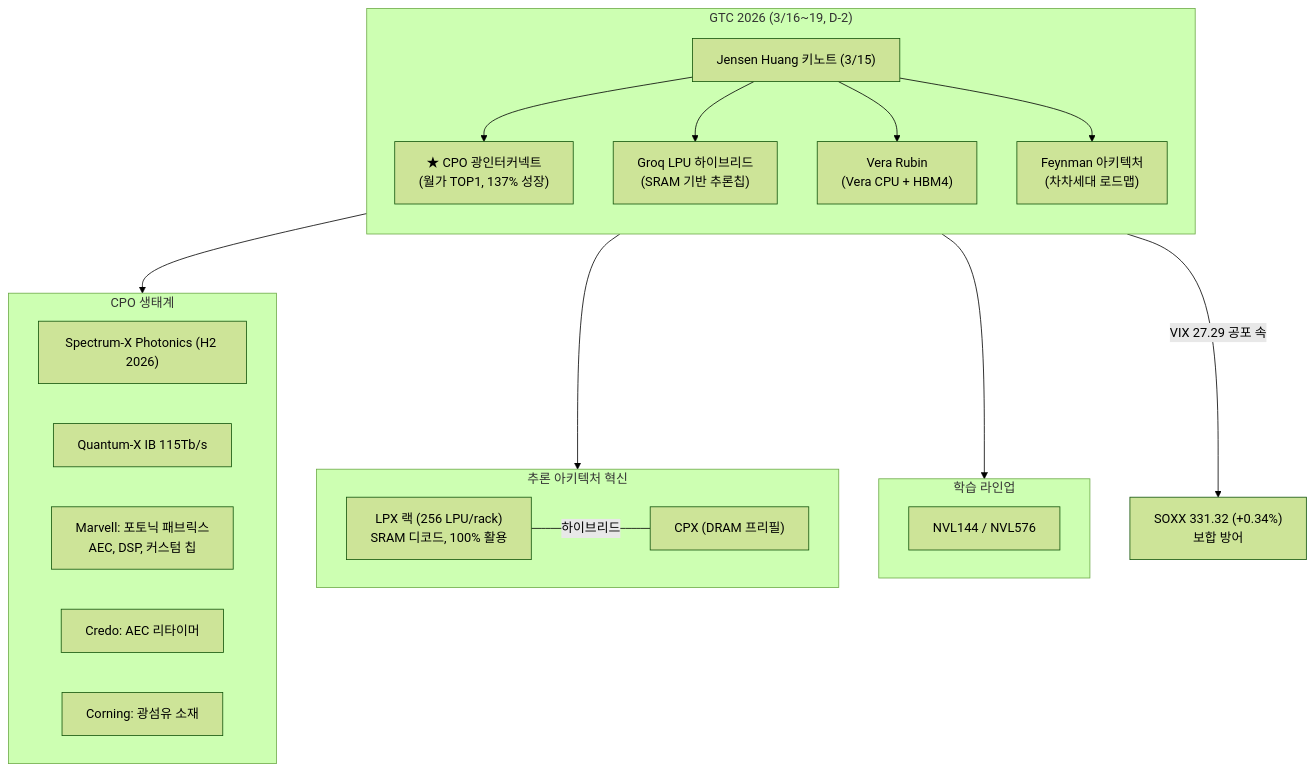
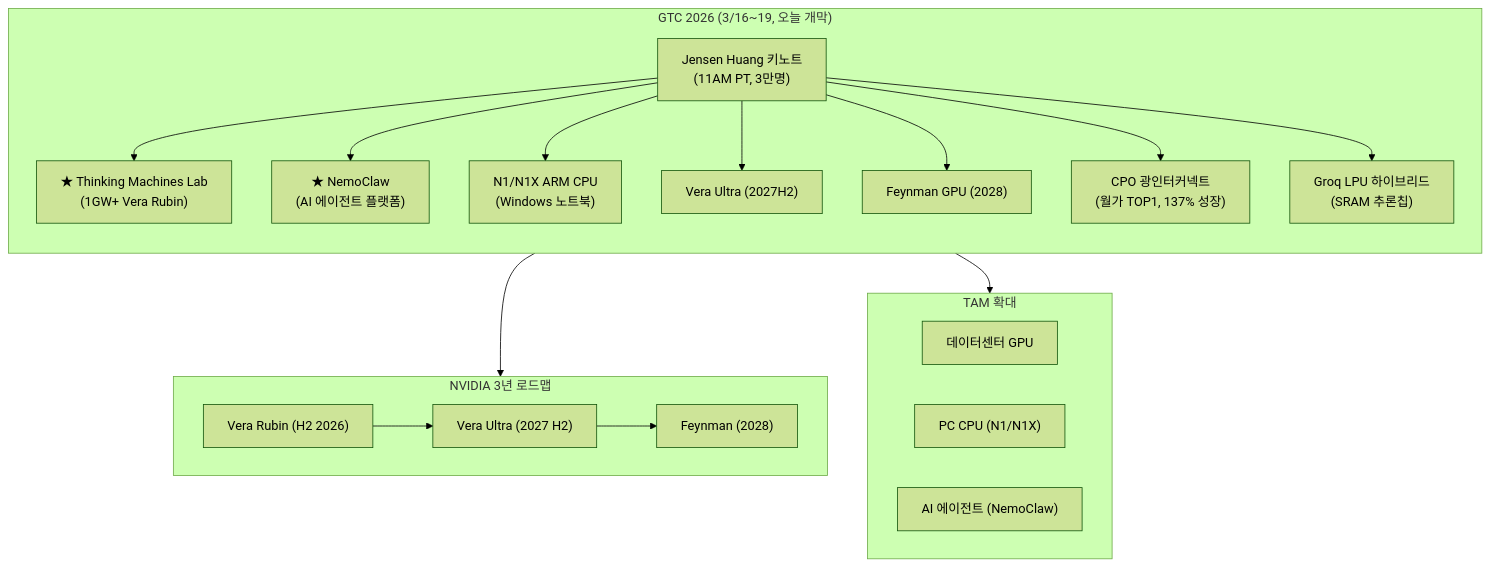
The second of 4 diagrams in _posts/knowledge/invest/2026-01-21-semiconductor-sector-outlook-2026.md (dss99911/dss99911.github.io), drawn with Mermaid (forest theme) before and after one commit. The commit also changed other lines of this file and 2 other files, not shown here.

Commit message:
투자 전망 데일리 업데이트 (3/16): GTC 개막, 방산 4배 증산, KOSPI 반등

````diff
--- a/_posts/knowledge/invest/2026-01-21-semiconductor-sector-outlook-2026.md
+++ b/_posts/knowledge/invest/2026-01-21-semiconductor-sector-outlook-2026.md
@@ -121,34 +125,30 @@
 ```mermaid
 graph TB
-    subgraph GTC2026["GTC 2026 (3/16~19, D-2)"]
+    subgraph GTC2026["GTC 2026 (3/16~19, 오늘 개막)"]
         direction TB
-        K["Jensen Huang 키노트 (3/15)"]
-        K --> CPO2["★ CPO 광인터커넥트<br/>(월가 TOP1, 137% 성장)"]
-        K --> G["Groq LPU 하이브리드<br/>(SRAM 기반 추론칩)"]
-        K --> V["Vera Rubin<br/>(Vera CPU + HBM4)"]
-        K --> F["Feynman 아키텍처<br/>(차차세대 로드맵)"]
+        K["Jensen Huang 키노트<br/>(11AM PT, 3만명)"]
+        K --> TML["★ Thinking Machines Lab<br/>(1GW+ Vera Rubin)"]
+        K --> NC["★ NemoClaw<br/>(AI 에이전트 플랫폼)"]
+        K --> N1["N1/N1X ARM CPU<br/>(Windows 노트북)"]
+        K --> VU["Vera Ultra (2027H2)"]
+        K --> FG["Feynman GPU (2028)"]
+        K --> CPO2["CPO 광인터커넥트<br/>(월가 TOP1, 137% 성장)"]
+        K --> G["Groq LPU 하이브리드<br/>(SRAM 추론칩)"]
     end
 
-    subgraph CPO_ECO["CPO 생태계"]
-        SP["Spectrum-X Photonics (H2 2026)"]
-        QX["Quantum-X IB 115Tb/s"]
-        MV["Marvell: 포토닉 패브릭스<br/>AEC, DSP, 커스텀 칩"]
-        CR["Credo: AEC 리타이머"]
-        CO["Corning: 광섬유 소재"]
+    subgraph 로드맵["NVIDIA 3년 로드맵"]
+        VR["Vera Rubin (H2 2026)"]
+        VU2["Vera Ultra (2027 H2)"]
+        FG2["Feynman (2028)"]
+        VR --> VU2 --> FG2
     end
 
-    subgraph 추론혁신["추론 아키텍처 혁신"]
-        LPX["LPX 랙 (256 LPU/rack)<br/>SRAM 디코드, 100% 활용"]
-        CPX2["CPX (DRAM 프리필)"]
-        LPX ---|"하이브리드"| CPX2
+    subgraph 시장확대["TAM 확대"]
+        DC["데이터센터 GPU"]
+        PC["PC CPU (N1/N1X)"]
+        AG["AI 에이전트 (NemoClaw)"]
     end
 
-    subgraph 제품["학습 라인업"]
-        NVL["NVL144 / NVL576"]
-    end
-
-    CPO2 --> CPO_ECO
-    G --> 추론혁신
-    V --> 제품
-    GTC2026 -->|"VIX 27.29 공포 속"| SOXX["SOXX 331.32 (+0.34%)<br/>보합 방어"]
+    GTC2026 --> 로드맵
+    GTC2026 --> 시장확대
 ```
````
